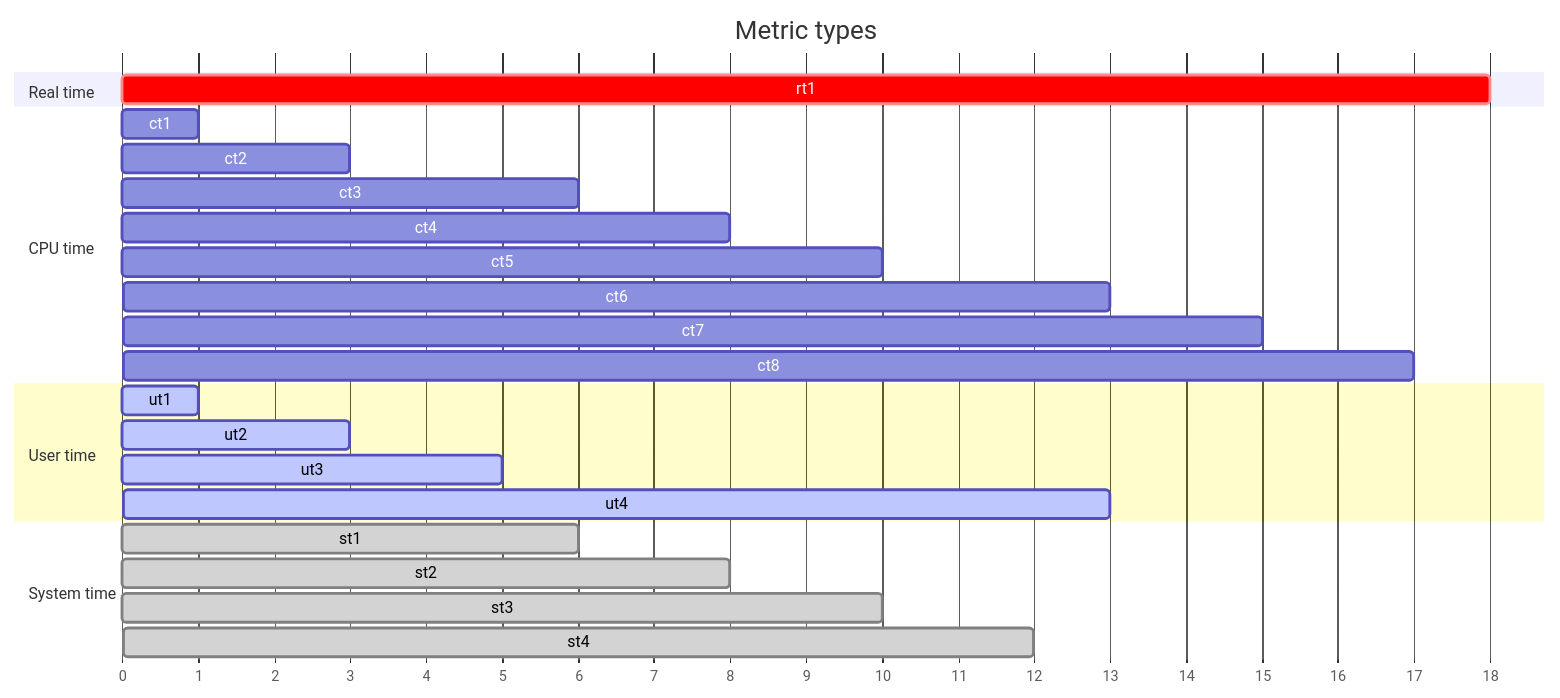
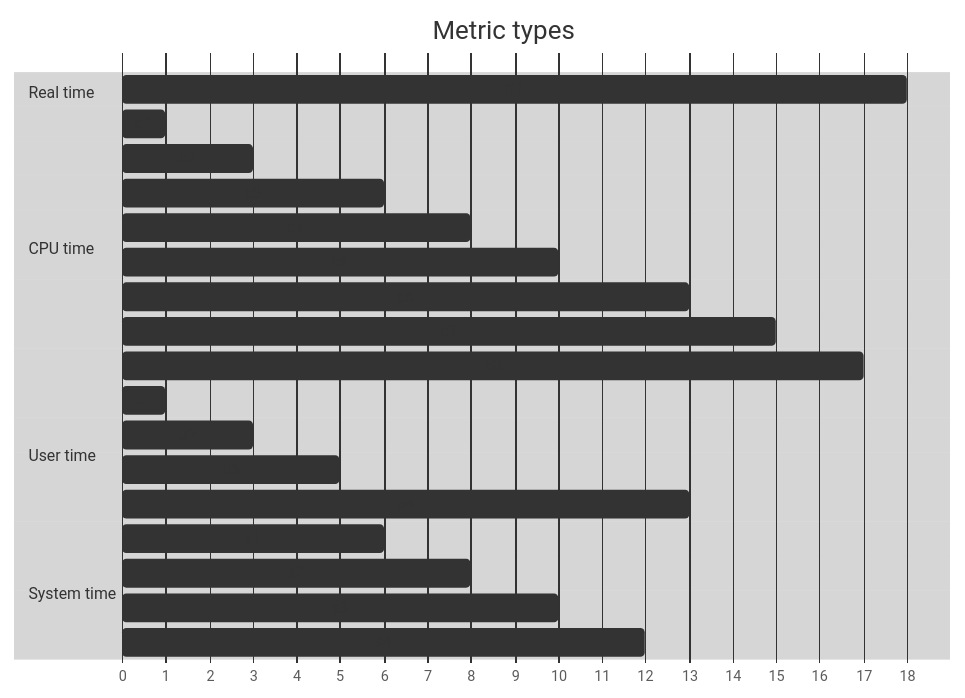
The first of 2 diagrams in README.md (oswaldobapvicjr/performetrics), drawn with Mermaid before and after one commit. The commit also changed other lines of this file, not shown here.

Commit message:
Update Gantt chart

````diff
--- a/README.md
+++ b/README.md
@@ -27,30 +27,36 @@
 ```mermaid
 ---
-displayMode: compact
+config:
+  gantt:
+    useWidth: 680
+    rightPadding: 60
+    topAxis: false
+    numberSectionStyles: 0
+    displayMode: compact
 ---
 gantt
     title Metric types
     dateFormat X
     axisFormat %s
     section Real time
-    rt1   : crit, 0, 18
+    rt1   : 0, 18
     section CPU time
-    ct1   : 0, 1
-    ct2   : 2, 3
-    ct3   : 4, 6
-    ct4   : 7, 8
-    ct5   : 9, 10
-    ct6   : 11, 13
-    ct7   : 14, 15
-    ct8   : 16, 17
+    c1   : 0, 1
+    c2   : 2, 3
+    c3   : 4, 6
+    c4   : 7, 8
+    c5   : 9, 10
+    c6   : 11, 13
+    c7   : 14, 15
+    c8   : 16, 17
     section User time
-    ut1   : active, 0, 1
-    ut2   : active, 2, 3
-    ut3   : active, 4, 5
-    ut4   : active, 12, 13
+    u1   : 0, 1
+    u2   : 2, 3
+    u3   : 4, 5
+    u4   : 12, 13
     section System time
-    st1   : done, 5, 6
-    st2   : done, 7, 8
-    st3   : done, 9, 10
-    st4   : done, 11, 12
+    s1   : 5, 6
+    s2   : 7, 8
+    s3   : 9, 10
+    s4   : 11, 12
 ```
````
